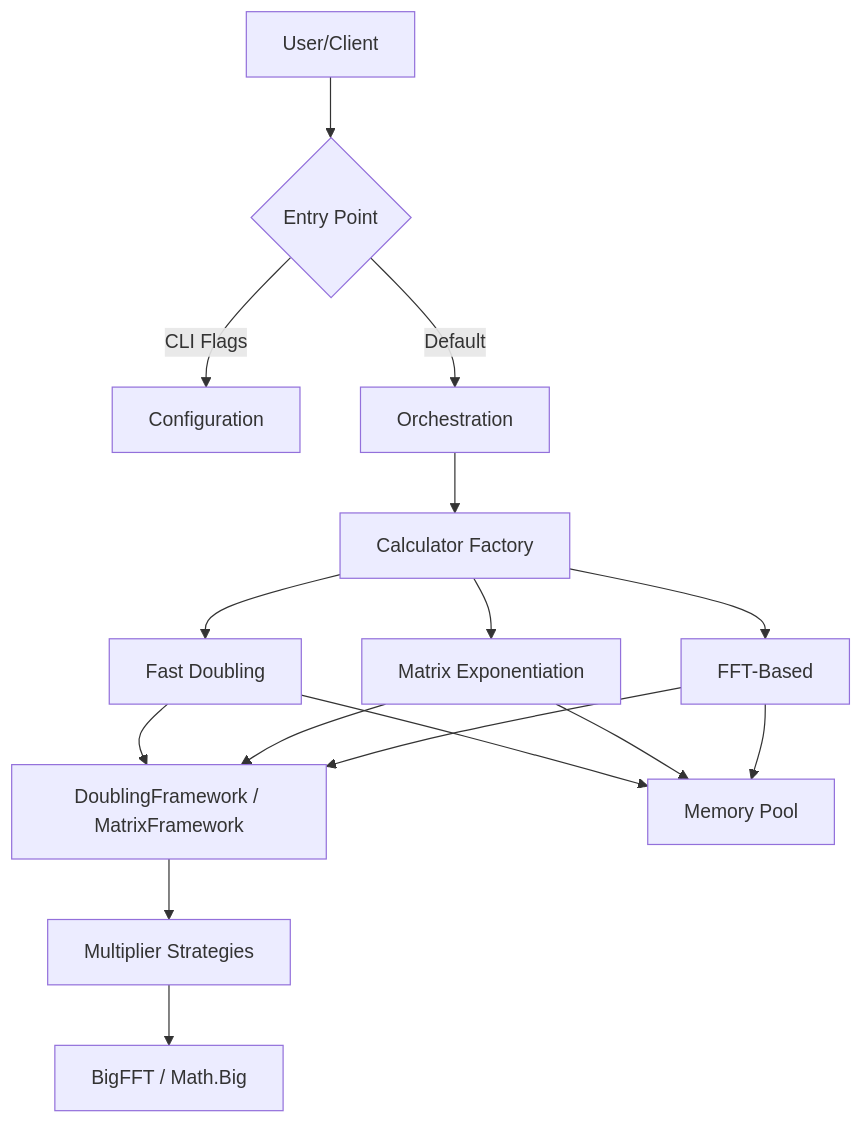
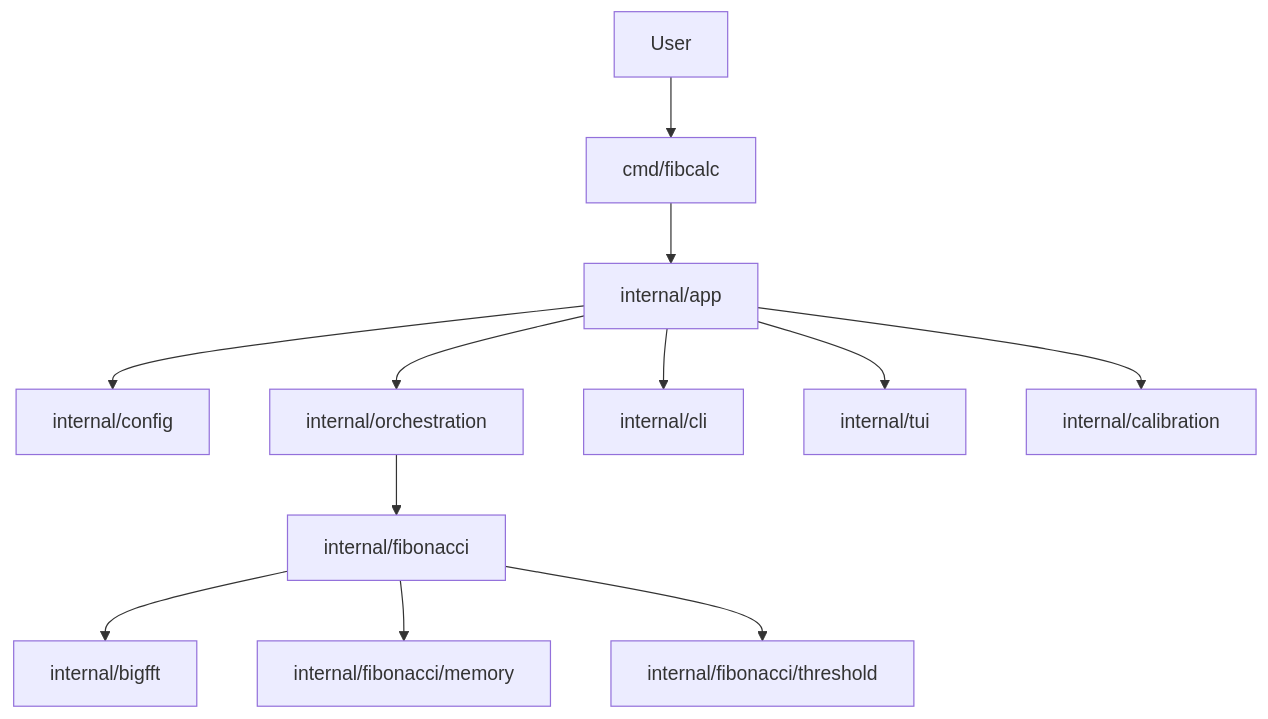
Before and after one commit to agbruneau/Fibonacci: the diagram in README.md, drawn with Mermaid. The commit also changed other lines of this file and 1 other file, not shown here.

````diff
--- a/README.md
+++ b/README.md
@@ -151,16 +91,14 @@
 ```mermaid
 graph TD
-    User[User/Client] --> Entry{Entry Point}
-    Entry -->|CLI Flags| Config[Configuration]
-    Entry -->|Default| Runner[Orchestration]
-
-    Runner --> AlgoFactory[Calculator Factory]
-    AlgoFactory --> Fast[Fast Doubling]
-    AlgoFactory --> Matrix[Matrix Exponentiation]
-    AlgoFactory --> FFT[FFT-Based]
-
-    Fast & Matrix & FFT --> Frameworks[DoublingFramework / MatrixFramework]
-    Frameworks --> Strategies[Multiplier Strategies]
-    Strategies --> BigFFT[BigFFT / Math.Big]
-    Fast & Matrix & FFT --> Pool[Memory Pool]
+    User --> Entry[cmd/fibcalc]
+    Entry --> App[internal/app]
+    App --> Config[internal/config]
+    App --> Orch[internal/orchestration]
+    Orch --> Fib[internal/fibonacci]
+    Fib --> BigFFT[internal/bigfft]
+    Fib --> FibMem[internal/fibonacci/memory]
+    Fib --> FibThr[internal/fibonacci/threshold]
+    App --> CLI[internal/cli]
+    App --> TUI[internal/tui]
+    App --> Calib[internal/calibration]
 ```
````
